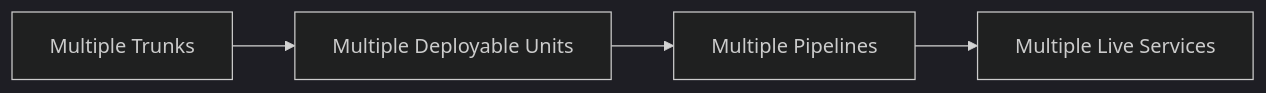
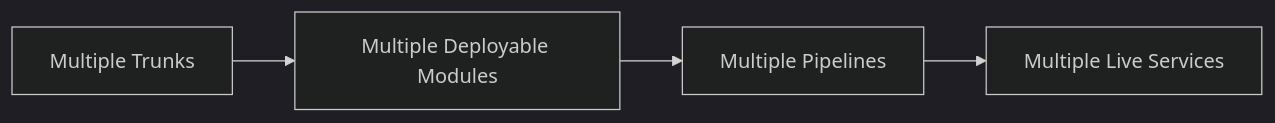
The third of 3 diagrams in docs/explanation/continuous-delivery/core-concepts/unit-of-flow.md (ready-to-release/eac), drawn with Mermaid (dark theme) before and after one commit. The commit also changed other lines of this file and 32 other files, not shown here.

````diff
--- a/docs/explanation/continuous-delivery/core-concepts/unit-of-flow.md
+++ b/docs/explanation/continuous-delivery/core-concepts/unit-of-flow.md
@@ -315,12 +315,12 @@
 ```mermaid
 flowchart LR
     TR[Multiple Trunks]
-    DU[Multiple Deployable Units]
+    DU[Multiple Deployable Modules]
     PP[Multiple Pipelines]
     LS[Multiple Live Services]
 
     TR --> DU
     DU --> PP
     PP --> LS
 
 ```
````
